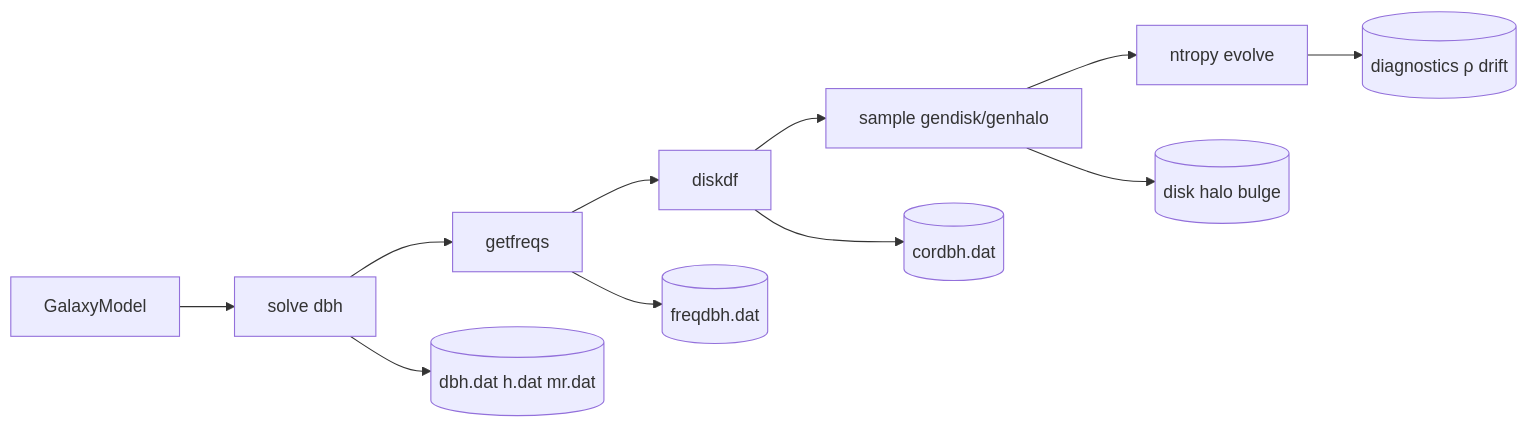
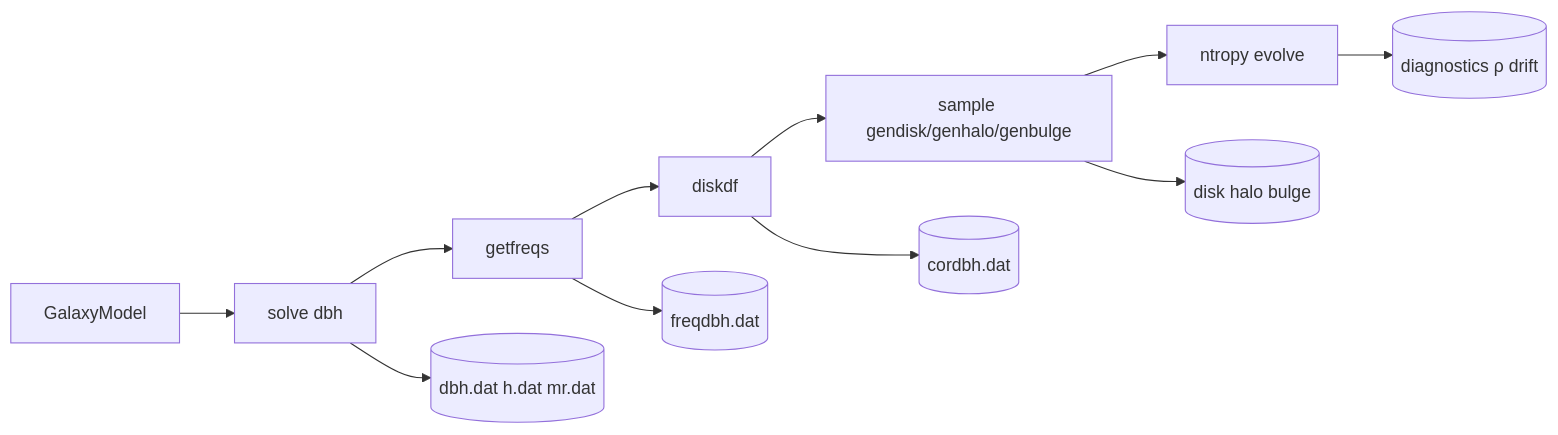
The diagram in docs/galacticsics_pipeline.md (bauerj4/PyGalactICS), drawn with Mermaid before and after one commit. The commit also changed other lines of this file and 21 other files, not shown here.

````diff
--- a/docs/galacticsics_pipeline.md
+++ b/docs/galacticsics_pipeline.md
@@ -19,14 +23,14 @@
 ```mermaid
 flowchart LR
     GM[GalaxyModel] --> DBH[solve dbh]
     DBH --> FREQ[getfreqs]
     FREQ --> DDF[diskdf]
-    DDF --> SAMP[sample gendisk/genhalo]
+    DDF --> SAMP[sample gendisk/genhalo/genbulge]
     SAMP --> NTP[ntropy evolve]
 
     DBH --> ART1[(dbh.dat h.dat mr.dat)]
     FREQ --> ART2[(freqdbh.dat)]
     DDF --> ART3[(cordbh.dat)]
     SAMP --> ART4[(disk halo bulge)]
     NTP --> ART5[(diagnostics ρ drift)]
 ```
````
